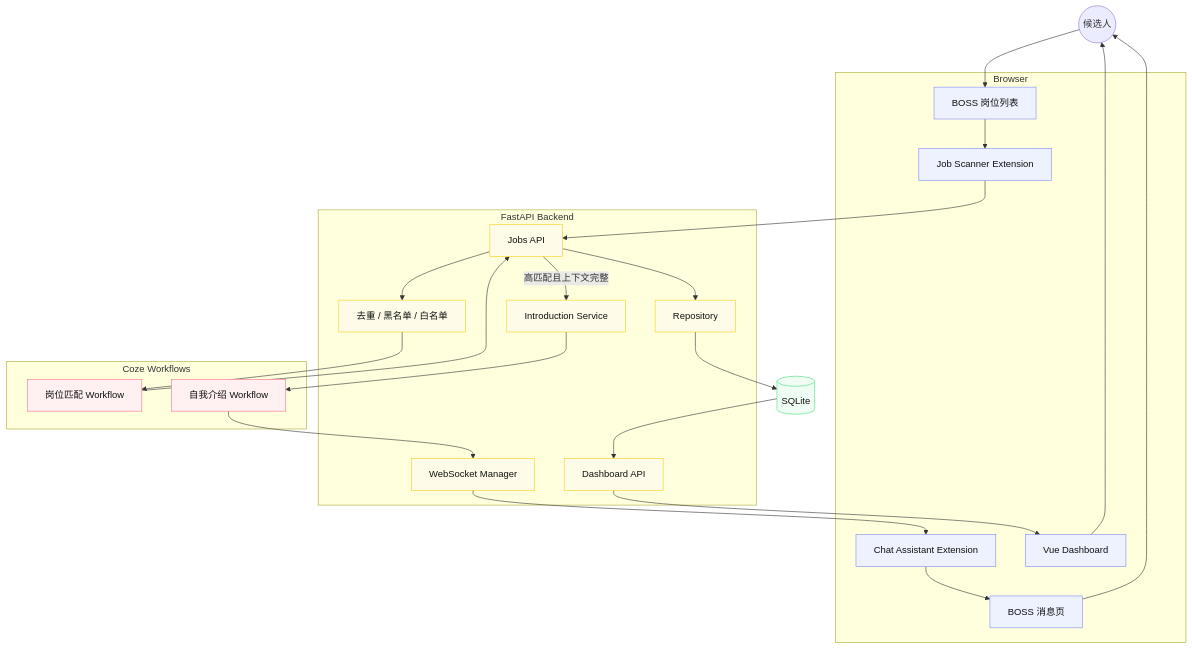
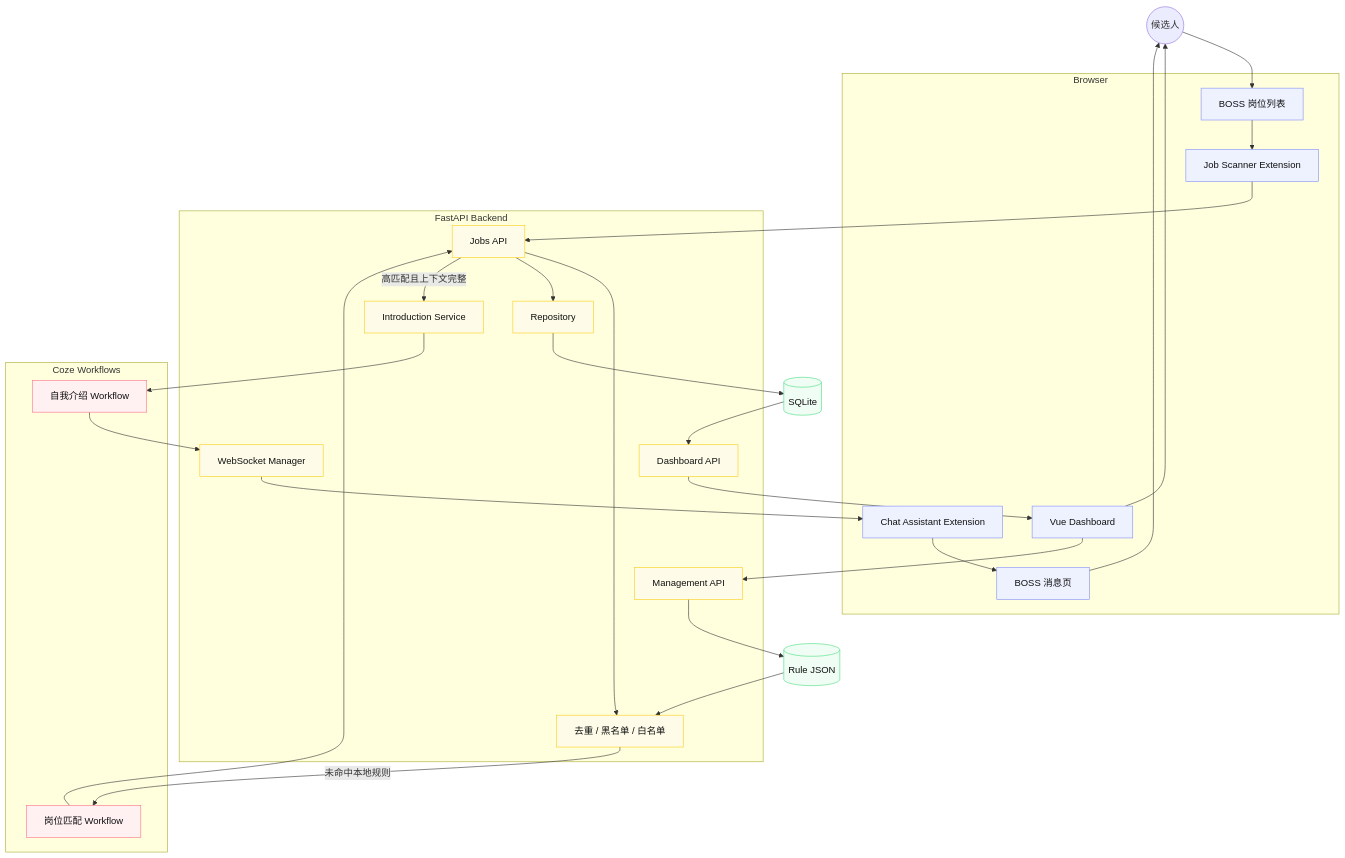
Before and after one commit to ouyangjz/boss-auto-assistant: the diagram in README.md, drawn with Mermaid. The commit also changed other lines of this file, not shown here.

````diff
--- a/README.md
+++ b/README.md
@@ -76,51 +80,55 @@
 ```mermaid
 flowchart TD
     User(("候选人"))
 
     subgraph Browser["Browser"]
         BossPage["BOSS 岗位列表"]
         Scanner["Job Scanner Extension"]
         ChatPage["BOSS 消息页"]
         ChatAssistant["Chat Assistant Extension"]
         Dashboard["Vue Dashboard"]
     end
 
     subgraph Backend["FastAPI Backend"]
         JobAPI["Jobs API"]
         DashboardAPI["Dashboard API"]
+        ManagementAPI["Management API"]
         IntroAPI["Introduction Service"]
         RuleEngine["去重 / 黑名单 / 白名单"]
         WSManager["WebSocket Manager"]
         Repository["Repository"]
     end
 
     subgraph AI["Coze Workflows"]
         EvaluateWF["岗位匹配 Workflow"]
         IntroWF["自我介绍 Workflow"]
     end
 
     SQLite[("SQLite")]
+    RuleFiles[("Rule JSON")]
 
     User --> BossPage --> Scanner --> JobAPI
     JobAPI --> RuleEngine
-    RuleEngine --> EvaluateWF
+    RuleEngine -->|未命中本地规则| EvaluateWF
     EvaluateWF --> JobAPI
     JobAPI --> Repository --> SQLite
 
     SQLite --> DashboardAPI --> Dashboard --> User
+    Dashboard --> ManagementAPI --> RuleFiles
+    RuleFiles --> RuleEngine
 
     JobAPI -->|高匹配且上下文完整| IntroAPI
     IntroAPI --> IntroWF
     IntroWF --> WSManager
     WSManager --> ChatAssistant --> ChatPage --> User
 
     classDef browser fill:#eef2ff,stroke:#818cf8,color:#111;
     classDef backend fill:#fefce8,stroke:#facc15,color:#111;
     classDef ai fill:#fff1f2,stroke:#fb7185,color:#111;
     classDef storage fill:#f0fdf4,stroke:#4ade80,color:#111;
 
     class BossPage,Scanner,ChatPage,ChatAssistant,Dashboard browser;
-    class JobAPI,DashboardAPI,IntroAPI,RuleEngine,WSManager,Repository backend;
+    class JobAPI,DashboardAPI,ManagementAPI,IntroAPI,RuleEngine,WSManager,Repository backend;
     class EvaluateWF,IntroWF ai;
-    class SQLite storage;
+    class SQLite,RuleFiles storage;
 ```
````
